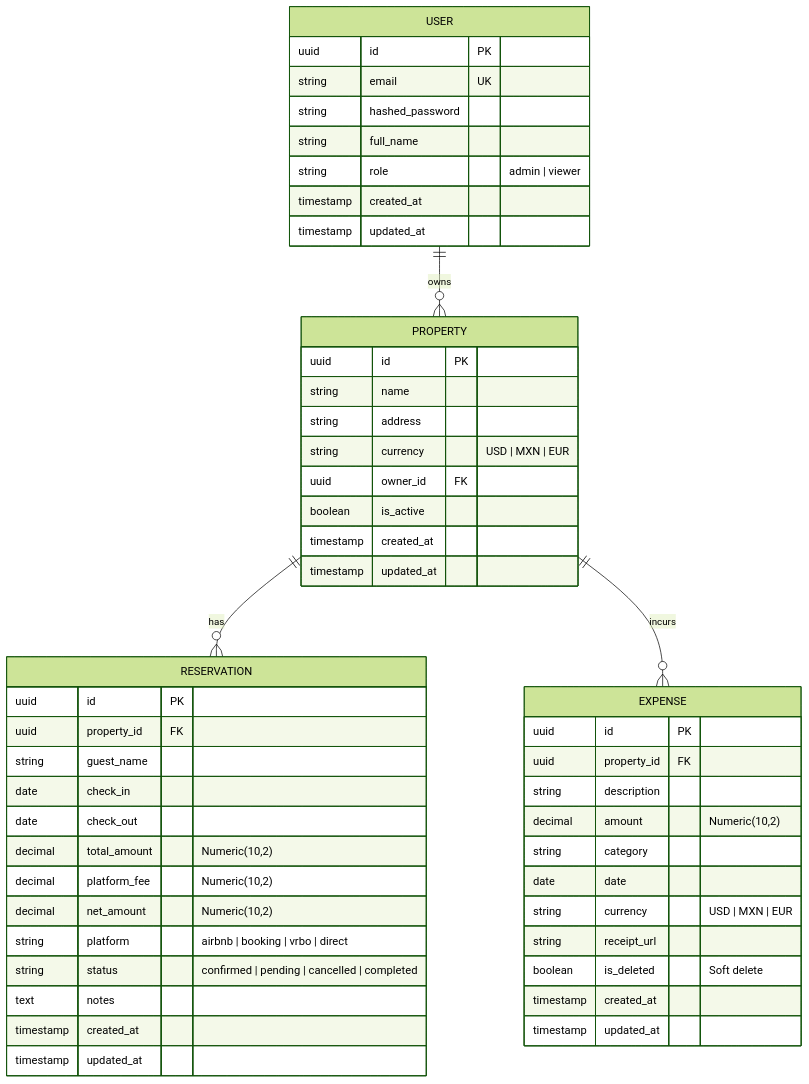
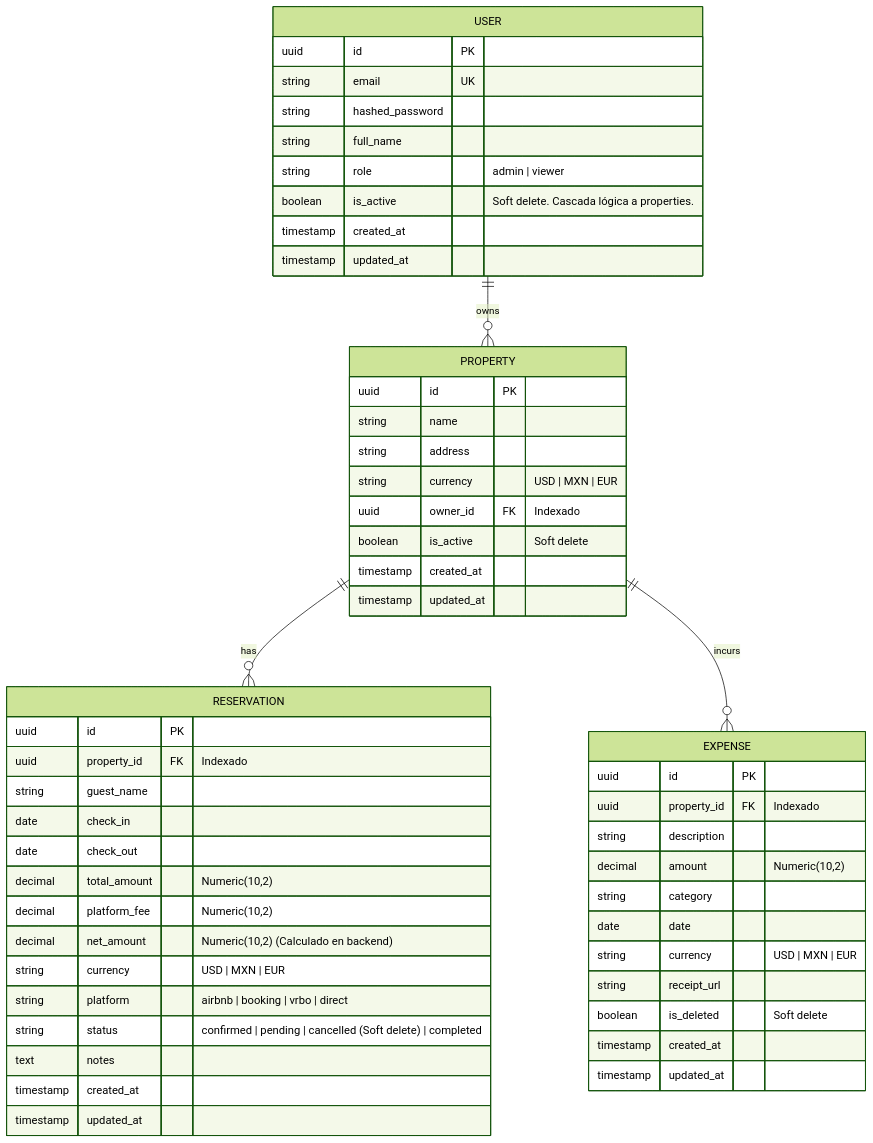
Before and after one commit to jorgefel/AIFM: the diagram in IMPLEMENTATION_PLAN.md, drawn with Mermaid (forest theme). The commit also changed other lines of this file, not shown here.

````diff
--- a/IMPLEMENTATION_PLAN.md
+++ b/IMPLEMENTATION_PLAN.md
@@ -39,57 +43,59 @@
 ```mermaid
 erDiagram
     USER ||--o{ PROPERTY : owns
     PROPERTY ||--o{ RESERVATION : has
     PROPERTY ||--o{ EXPENSE : incurs
 
     USER {
         uuid id PK
         string email UK
         string hashed_password
         string full_name
         string role "admin | viewer"
+        boolean is_active "Soft delete. Cascada lógica a properties."
         timestamp created_at
         timestamp updated_at
     }
 
     PROPERTY {
         uuid id PK
         string name
         string address
         string currency "USD | MXN | EUR"
-        uuid owner_id FK
-        boolean is_active
+        uuid owner_id FK "Indexado"
+        boolean is_active "Soft delete"
         timestamp created_at
         timestamp updated_at
     }
 
     RESERVATION {
         uuid id PK
-        uuid property_id FK
+        uuid property_id FK "Indexado"
         string guest_name
         date check_in
         date check_out
         decimal total_amount "Numeric(10,2)"
         decimal platform_fee "Numeric(10,2)"
-        decimal net_amount "Numeric(10,2)"
+        decimal net_amount "Numeric(10,2) (Calculado en backend)"
+        string currency "USD | MXN | EUR"
         string platform "airbnb | booking | vrbo | direct"
-        string status "confirmed | pending | cancelled | completed"
+        string status "confirmed | pending | cancelled (Soft delete) | completed"
         text notes
         timestamp created_at
         timestamp updated_at
     }
 
     EXPENSE {
         uuid id PK
-        uuid property_id FK
+        uuid property_id FK "Indexado"
         string description
         decimal amount "Numeric(10,2)"
         string category
         date date
         string currency "USD | MXN | EUR"
         string receipt_url
         boolean is_deleted "Soft delete"
         timestamp created_at
         timestamp updated_at
     }
 ```
````
